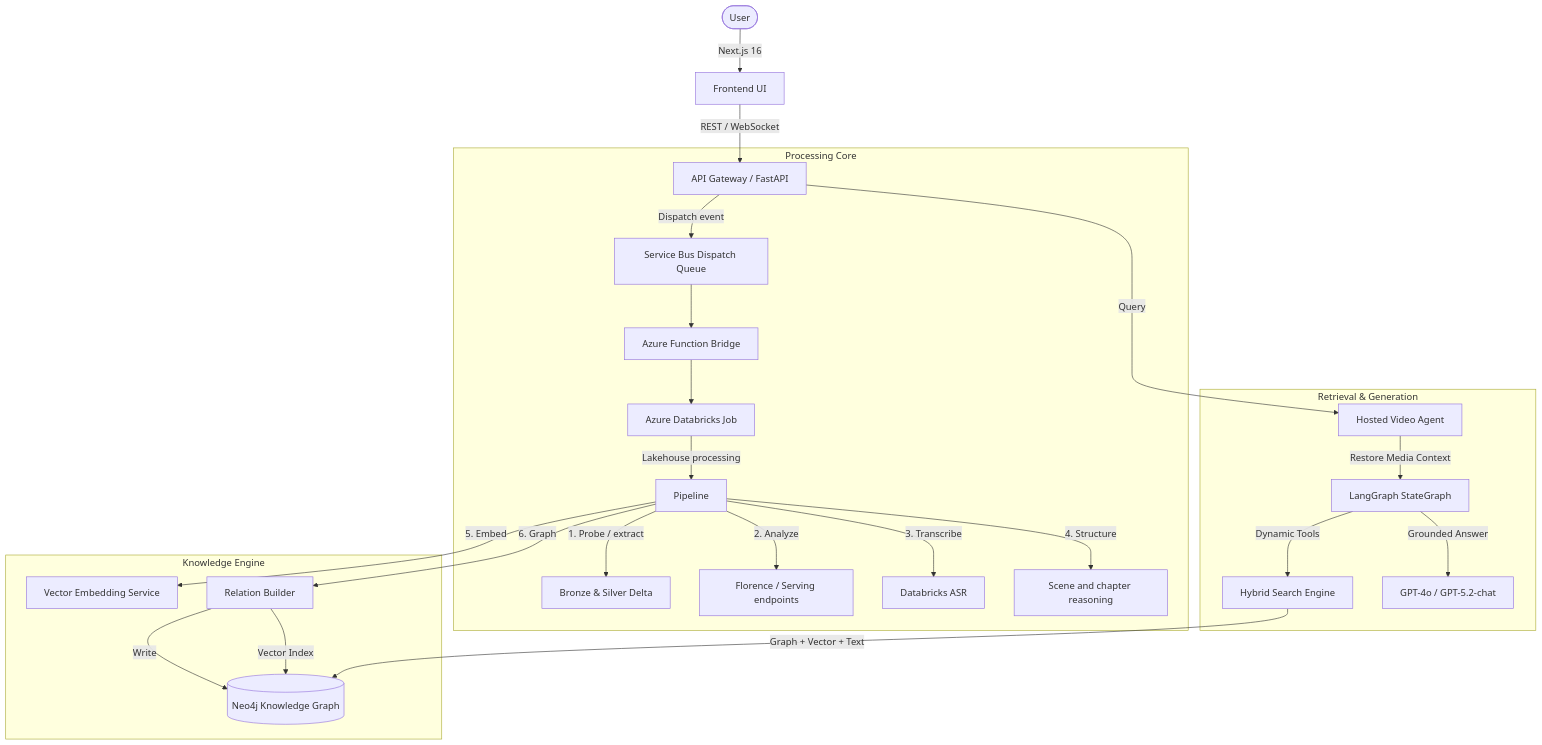
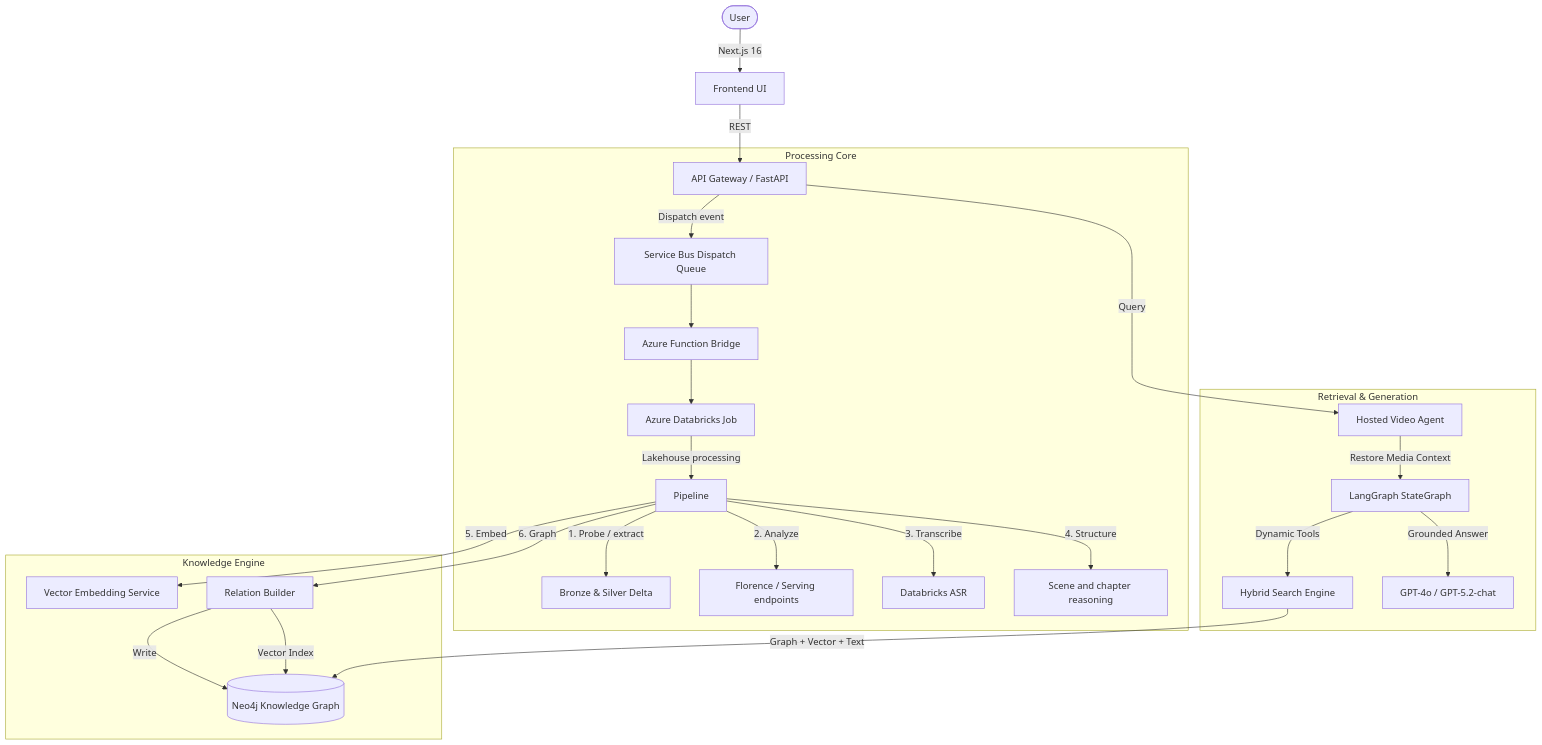
The diagram in docs/ARCHITECTURE.md (alexandergg/QPrisma), drawn with Mermaid before and after one commit. The commit also changed other lines of this file and 119 other files, not shown here.

First line of the commit message:
Simplify backend runtime architecture

````diff
--- a/docs/ARCHITECTURE.md
+++ b/docs/ARCHITECTURE.md
@@ -11,31 +11,31 @@
 ```mermaid
 graph TD
     User([User]) -->|Next.js 16| Frontend[Frontend UI]
-    Frontend -->|REST / WebSocket| Gateway[API Gateway / FastAPI]
+    Frontend -->|REST| Gateway[API Gateway / FastAPI]
 
     subgraph "Processing Core"
         Gateway -->|Dispatch event| SB[Service Bus Dispatch Queue]
         SB --> Bridge[Azure Function Bridge]
         Bridge --> DBX[Azure Databricks Job]
         DBX -->|Lakehouse processing| Pipeline
         Pipeline -->|1. Probe / extract| Bronze[Bronze & Silver Delta]
         Pipeline -->|2. Analyze| Vision[Florence / Serving endpoints]
         Pipeline -->|3. Transcribe| ASR[Databricks ASR]
         Pipeline -->|4. Structure| Summarizer[Scene and chapter reasoning]
     end
 
     subgraph "Knowledge Engine"
         Pipeline -->|5. Embed| Embedder[Vector Embedding Service]
         Pipeline -->|6. Graph| Builder[Relation Builder]
         Builder -->|Write| Neo4j[(Neo4j Knowledge Graph)]
         Builder -->|Vector Index| Neo4j
     end
 
     subgraph "Retrieval & Generation"
         Gateway -->|Query| Agent[Hosted Video Agent]
         Agent -->|Restore Media Context| StateGraph[LangGraph StateGraph]
         StateGraph -->|Dynamic Tools| Hybrid[Hybrid Search Engine]
         Hybrid -->|Graph + Vector + Text| Neo4j
         StateGraph -->|Grounded Answer| LLM[GPT-4o / GPT-5.2-chat]
     end
 ```
````
